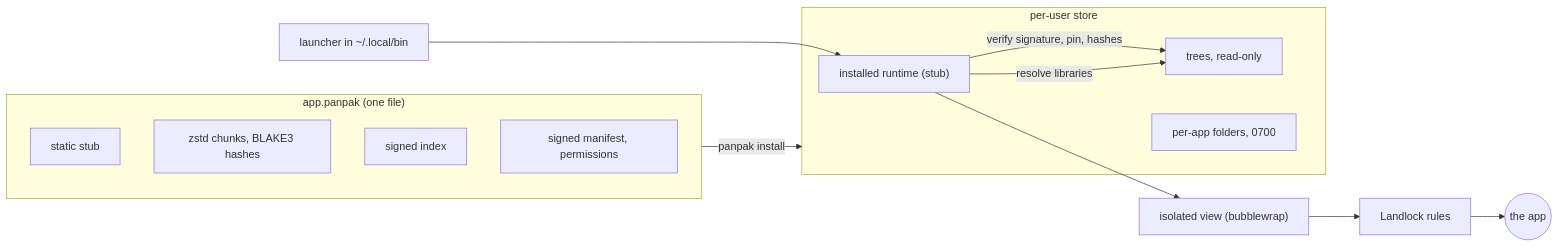
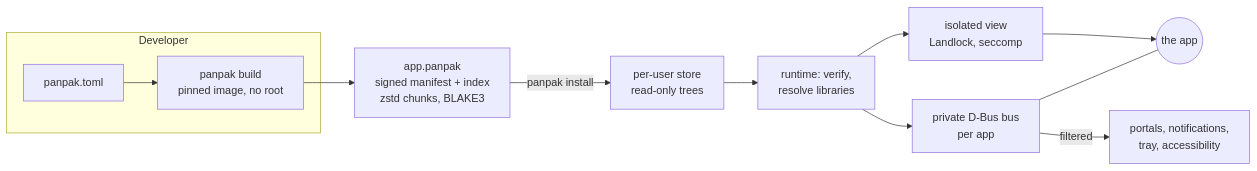
The diagram in README.md (panpak/panpak), drawn with Mermaid before and after one commit. The commit also changed other lines of this file and 12 other files, not shown here.

Commit message:
README: Panpak as a secure, fast format for desktop and command-line apps (checked recipe, Quick start, numbers with their commands, comparison with sources); docs/REQUIREMENTS.md; BENCHMARKS: new data, fixed cost after 13p, sources, shared chunks script; THREAT-MODEL: KL-27 for the private bus

````diff
--- a/README.md
+++ b/README.md
@@ -35,21 +129,14 @@
 ```mermaid
 flowchart LR
-    subgraph pkg["app.panpak (one file)"]
-        stub["static stub"]
-        chunks["zstd chunks, BLAKE3 hashes"]
-        index["signed index"]
-        manifest["signed manifest, permissions"]
+    subgraph dev["Developer"]
+        recipe["panpak.toml"] --> build["panpak build<br/>pinned image, no root"]
     end
-    pkg -->|panpak install| store
-    subgraph store["per-user store"]
-        runtime["installed runtime (stub)"]
-        trees["trees, read-only"]
-        data["per-app folders, 0700"]
-    end
-    launcher["launcher in ~/.local/bin"] --> runtime
-    runtime -->|"verify signature, pin, hashes"| trees
-    runtime -->|"resolve libraries"| trees
-    runtime --> view["isolated view (bubblewrap)"]
-    view --> landlock["Landlock rules"]
-    landlock --> app(("the app"))
+    build --> pkg["app.panpak<br/>signed manifest + index<br/>zstd chunks, BLAKE3"]
+    pkg -->|panpak install| store["per-user store<br/>read-only trees"]
+    store --> runtime["runtime: verify,<br/>resolve libraries"]
+    runtime --> view["isolated view<br/>Landlock, seccomp"]
+    runtime --> router["private D-Bus bus<br/>per app"]
+    router -->|filtered| desktop["portals, notifications,<br/>tray, accessibility"]
+    view --> app(("the app"))
+    router --- app
 ```
````
